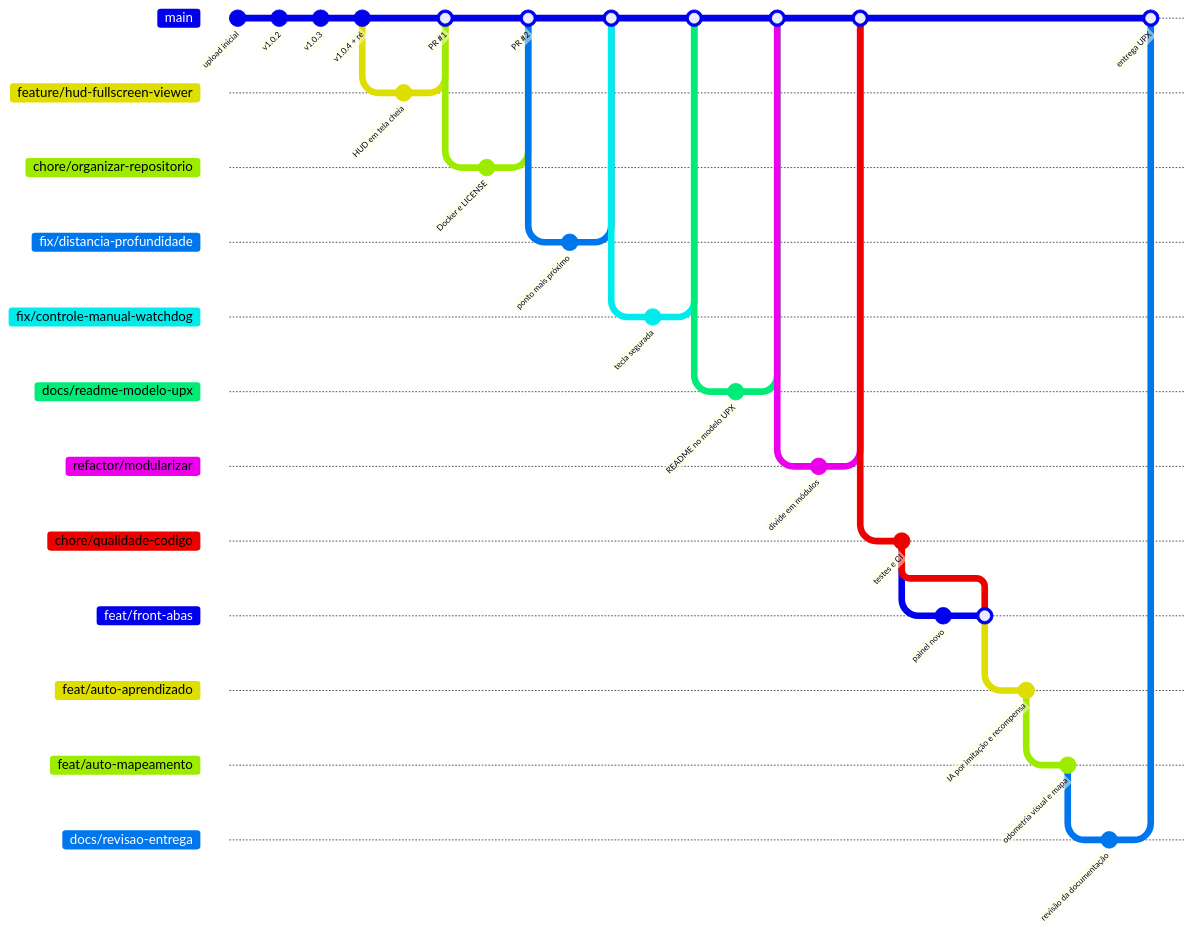
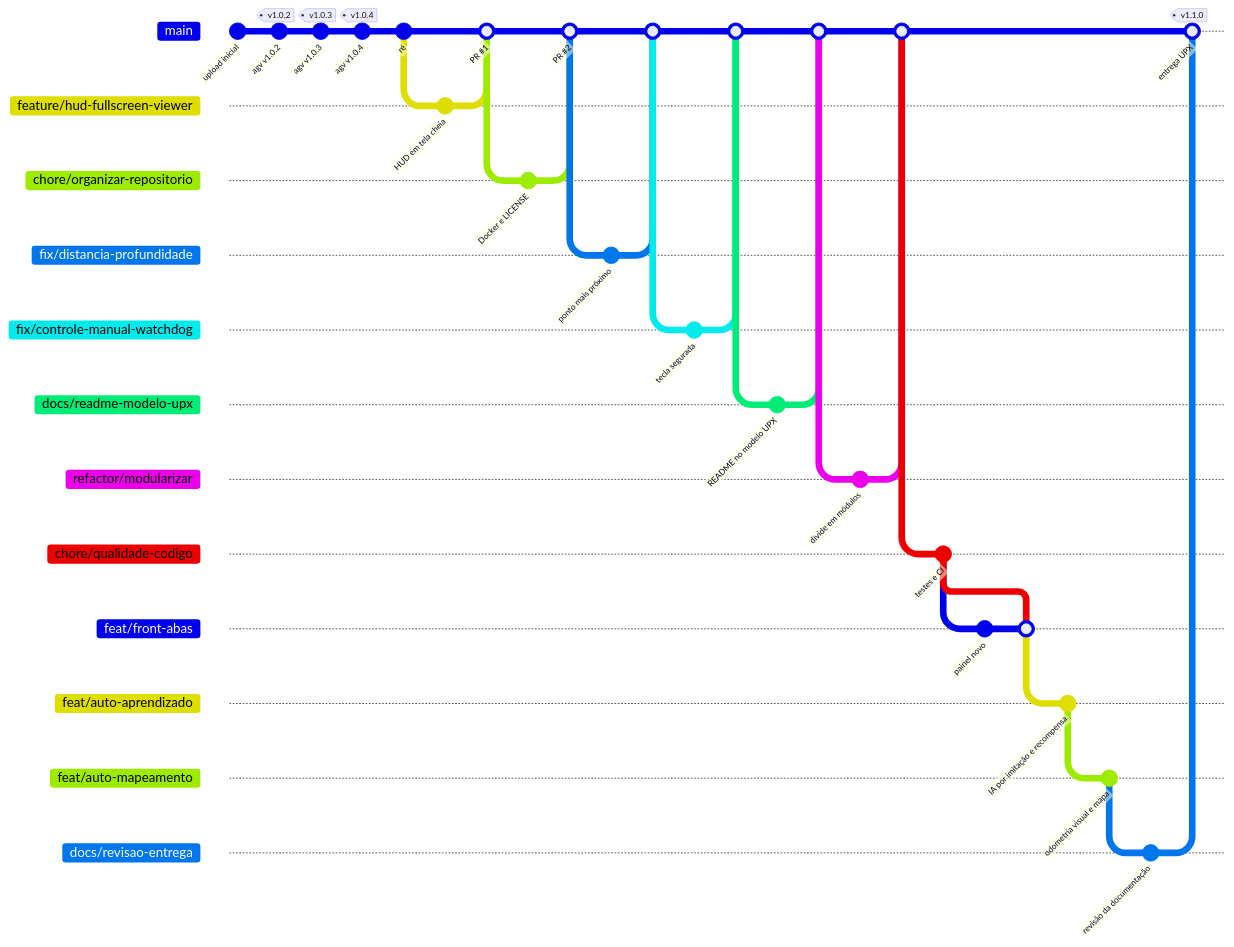
Before and after one commit to Kauan-V-Marques/AGV: diagram 22 of 22 in README.md, drawn with Mermaid. The commit also changed other lines of this file and 1 other file, not shown here.

Commit message:
docs: tags das versoes e mencao ao quadro de tarefas da equipe

````diff
--- a/README.md
+++ b/README.md
@@ -1559,44 +1562,45 @@
 ```mermaid
 gitGraph
     commit id: "upload inicial"
-    commit id: "v1.0.2"
-    commit id: "v1.0.3"
-    commit id: "v1.0.4 + ré"
+    commit id: "agv v1.0.2" tag: "v1.0.2"
+    commit id: "agv v1.0.3" tag: "v1.0.3"
+    commit id: "agv v1.0.4" tag: "v1.0.4"
+    commit id: "ré"
     branch feature/hud-fullscreen-viewer
     commit id: "HUD em tela cheia"
     checkout main
     merge feature/hud-fullscreen-viewer id: "PR #1"
     branch chore/organizar-repositorio
     commit id: "Docker e LICENSE"
     checkout main
     merge chore/organizar-repositorio id: "PR #2"
     branch fix/distancia-profundidade
     commit id: "ponto mais próximo"
     checkout main
     merge fix/distancia-profundidade
     branch fix/controle-manual-watchdog
     commit id: "tecla segurada"
     checkout main
     merge fix/controle-manual-watchdog
     branch docs/readme-modelo-upx
     commit id: "README no modelo UPX"
     checkout main
     merge docs/readme-modelo-upx
     branch refactor/modularizar
     commit id: "divide em módulos"
     checkout main
     merge refactor/modularizar
     branch chore/qualidade-codigo
     commit id: "testes e CI"
     branch feat/front-abas
     commit id: "painel novo"
     merge chore/qualidade-codigo
     branch feat/auto-aprendizado
     commit id: "IA por imitação e recompensa"
     branch feat/auto-mapeamento
     commit id: "odometria visual e mapa"
     branch docs/revisao-entrega
     commit id: "revisão da documentação"
     checkout main
-    merge docs/revisao-entrega id: "entrega UPX"
+    merge docs/revisao-entrega id: "entrega UPX" tag: "v1.1.0"
 ```
````
